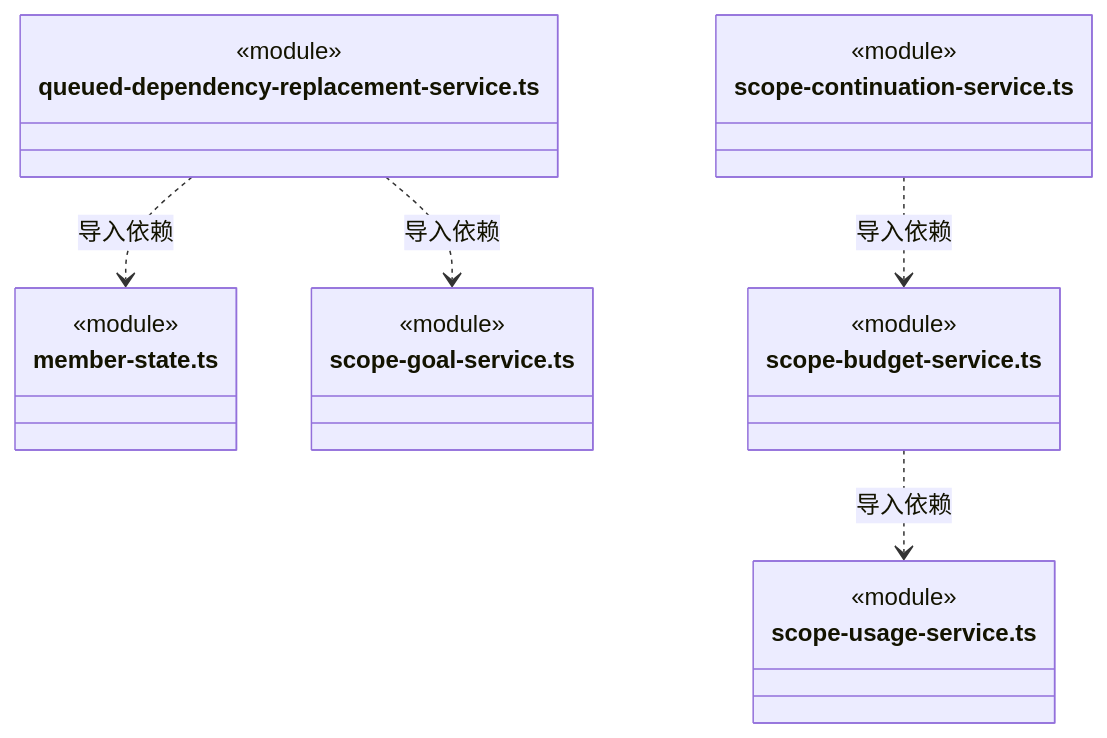
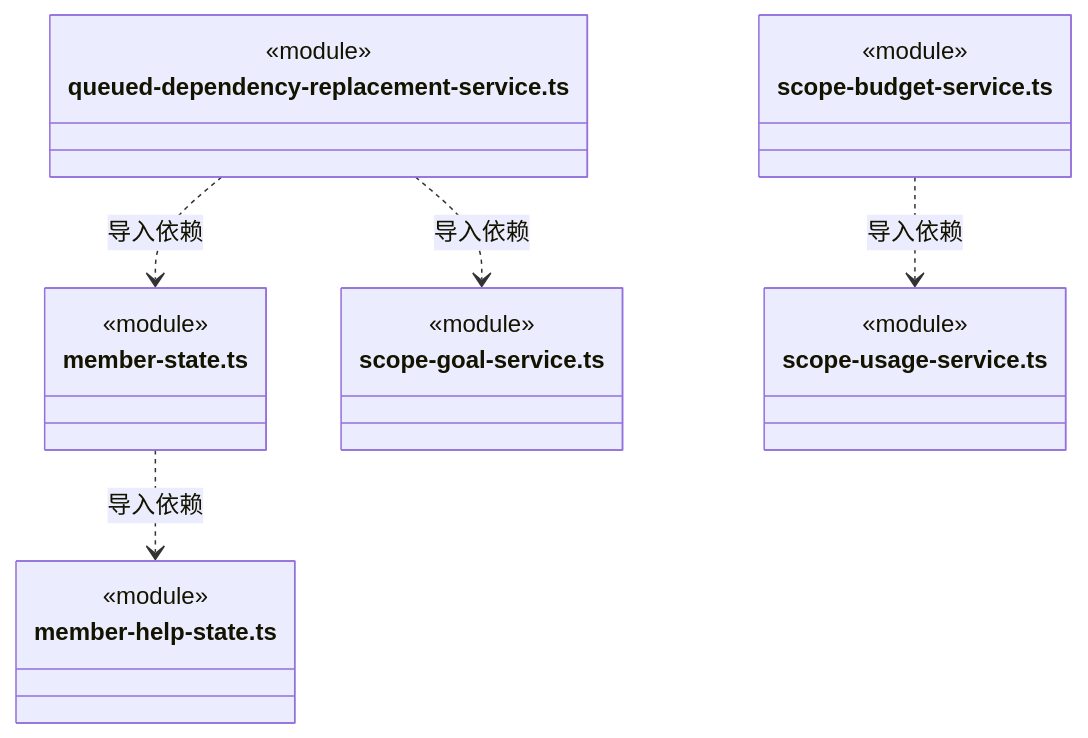
One commit to nan023062/cbim changed diagram 50 of 56 in src/backend/scheduler-engine/execution/ARCHITECTURE.md. Above: the diagram before and after it, drawn with Mermaid. The commit also changed other lines of this file and 85 other files, not shown here.

````diff
--- a/src/backend/scheduler-engine/execution/ARCHITECTURE.md
+++ b/src/backend/scheduler-engine/execution/ARCHITECTURE.md
@@ -1249,25 +1326,25 @@
 ```mermaid
 classDiagram
-class N_src_backend_scheduler_engine_execution_queued_dependency_replacement_service_ts["queued-dependency-replacement-service.ts"] {
+class N_src_backend_scheduler_engine_execution_member_state_ts["member-state.ts"] {
   <<module>>
 }
-class N_src_backend_scheduler_engine_execution_member_state_ts["member-state.ts"] {
+class N_src_backend_scheduler_engine_execution_member_help_state_ts["member-help-state.ts"] {
+  <<module>>
+}
+class N_src_backend_scheduler_engine_execution_queued_dependency_replacement_service_ts["queued-dependency-replacement-service.ts"] {
   <<module>>
 }
 class N_src_backend_scheduler_engine_execution_scope_goal_service_ts["scope-goal-service.ts"] {
   <<module>>
 }
 class N_src_backend_scheduler_engine_execution_scope_budget_service_ts["scope-budget-service.ts"] {
   <<module>>
 }
 class N_src_backend_scheduler_engine_execution_scope_usage_service_ts["scope-usage-service.ts"] {
   <<module>>
 }
-class N_src_backend_scheduler_engine_execution_scope_continuation_service_ts["scope-continuation-service.ts"] {
-  <<module>>
-}
+N_src_backend_scheduler_engine_execution_member_state_ts ..> N_src_backend_scheduler_engine_execution_member_help_state_ts : 导入依赖
 N_src_backend_scheduler_engine_execution_queued_dependency_replacement_service_ts ..> N_src_backend_scheduler_engine_execution_member_state_ts : 导入依赖
 N_src_backend_scheduler_engine_execution_queued_dependency_replacement_service_ts ..> N_src_backend_scheduler_engine_execution_scope_goal_service_ts : 导入依赖
 N_src_backend_scheduler_engine_execution_scope_budget_service_ts ..> N_src_backend_scheduler_engine_execution_scope_usage_service_ts : 导入依赖
-N_src_backend_scheduler_engine_execution_scope_continuation_service_ts ..> N_src_backend_scheduler_engine_execution_scope_budget_service_ts : 导入依赖
 ```
````
